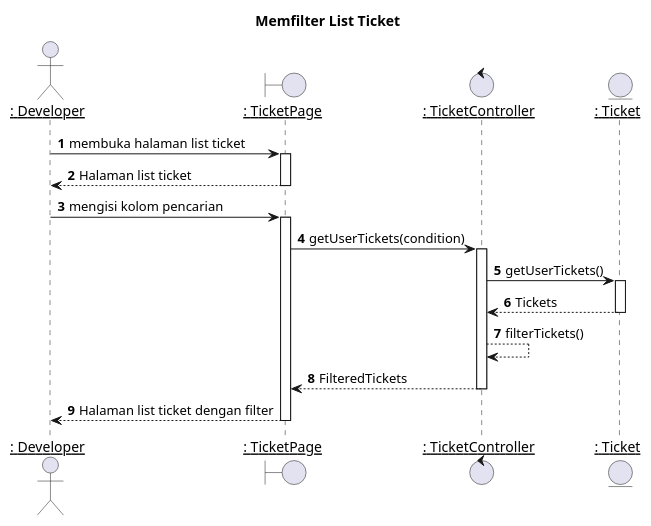
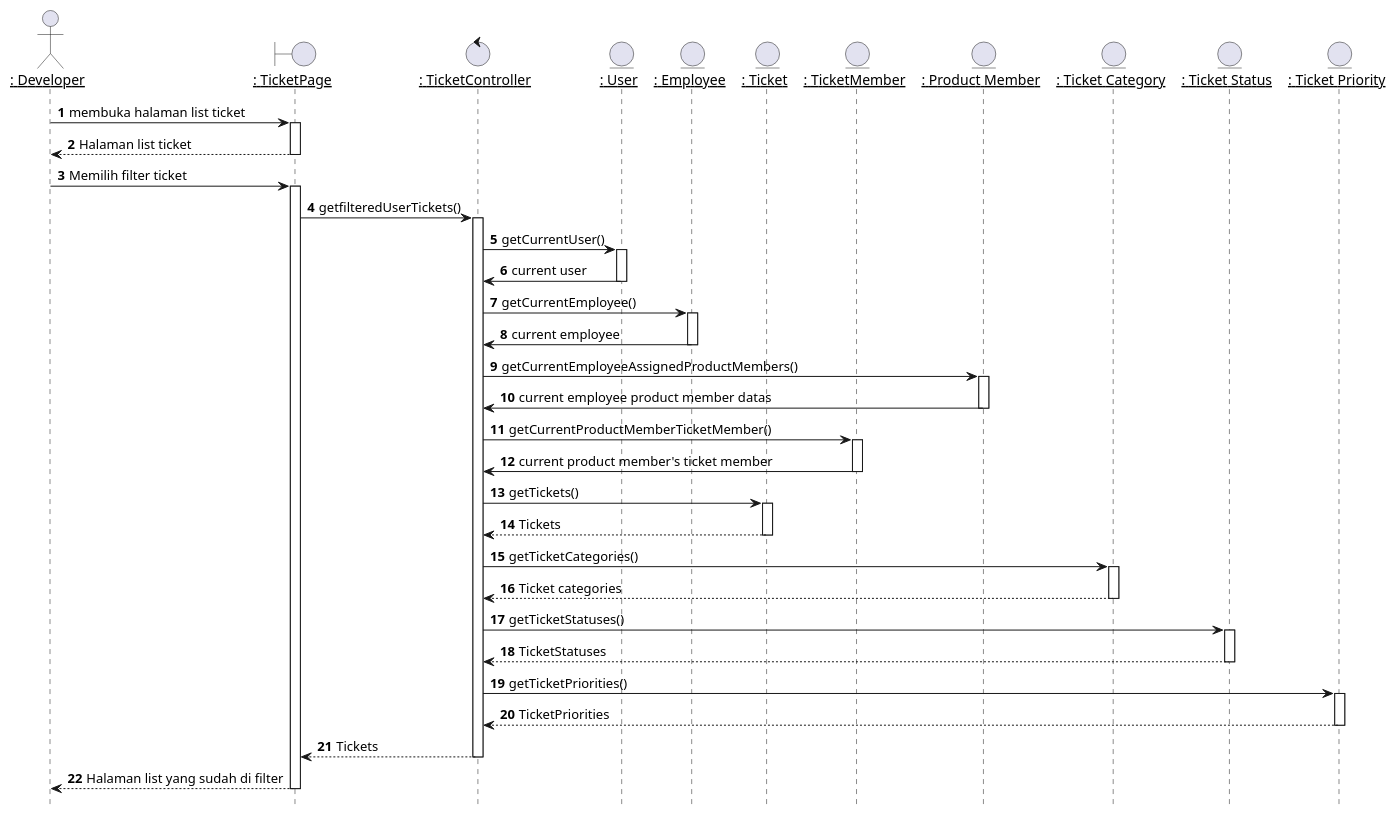
One commit to TAS-PKL/Laporan-PKL-Ticketing changed the diagram in plantuml/sequence/idev/idev2.puml. Above: the diagram before and after it, drawn with PlantUML. The commit also changed 47 other files, not shown here.

```diff
--- a/plantuml/sequence/idev/idev2.puml
+++ b/plantuml/sequence/idev/idev2.puml
@@ -1,37 +1,90 @@
 @startuml Memfilter List Ticket
 
-title "Memfilter List Ticket"
+hide footbox
+
 
 actor DEV as "__: Developer__"
 boundary TicketPage as "__: TicketPage__"
 control TicketController as "__: TicketController__"
+entity Users as "__: User__"
+entity Employees as "__: Employee__"
 entity Ticket as "__: Ticket__"
+entity TicketMember as "__: TicketMember__"
+entity ProductMembers as "__: Product Member__"
+' entity ProductMemberRoles as "__: Product Member Roles__"
+entity TicketCategories as "__: Ticket Category__"
+entity TicketStatuses as "__: Ticket Status__"
+entity TicketPriorities as "__: Ticket Priority__"
+' entityProductas "__: Products__"
+' entity Companies as "__: Companies__"
 
 autonumber 1
 DEV -> TicketPage: membuka halaman list ticket
 activate TicketPage
 
 TicketPage --> DEV : Halaman list ticket
 deactivate TicketPage
 
-DEV -> TicketPage: mengisi kolom pencarian
+DEV -> TicketPage: Memilih filter ticket
 activate TicketPage
 
-TicketPage -> TicketController: getUserTickets(condition)
+TicketPage -> TicketController: getfilteredUserTickets()
 activate TicketController
 
-TicketController -> Ticket: getUserTickets()
+TicketController -> Users: getCurrentUser()
+activate Users
+
+Users -> TicketController: current user
+deactivate Users
+
+TicketController -> Employees: getCurrentEmployee()
+activate Employees
+
+Employees -> TicketController: current employee
+deactivate Employees
+
+TicketController -> ProductMembers: getCurrentEmployeeAssignedProductMembers()
+activate ProductMembers
+
+ProductMembers -> TicketController: current employee product member datas
+deactivate ProductMembers
+
+TicketController -> TicketMember: getCurrentProductMemberTicketMember()
+activate TicketMember
+
+TicketMember -> TicketController: current product member's ticket member
+deactivate TicketMember
+
+TicketController -> Ticket: getTickets()
 activate Ticket
 
 Ticket --> TicketController : Tickets
 deactivate Ticket
 
-TicketController --> TicketController : filterTickets()
+TicketController -> TicketCategories: getTicketCategories()
+activate TicketCategories
 
-TicketController --> TicketPage : FilteredTickets
+TicketCategories --> TicketController : Ticket categories
+deactivate TicketCategories
+
+TicketController -> TicketStatuses: getTicketStatuses()
+activate TicketStatuses
+
+TicketStatuses --> TicketController : TicketStatuses
+deactivate TicketStatuses
+
+TicketController -> TicketPriorities: getTicketPriorities()
+activate TicketPriorities
+
+TicketPriorities --> TicketController : TicketPriorities
+deactivate TicketPriorities
+
+' TicketController -> TicketController : resolveRelation()
+
+TicketController --> TicketPage : Tickets
 deactivate TicketController
 
-TicketPage --> DEV : Halaman list ticket dengan filter
+TicketPage --> DEV : Halaman list yang sudah di filter
 deactivate TicketPage
 
 @enduml
```
